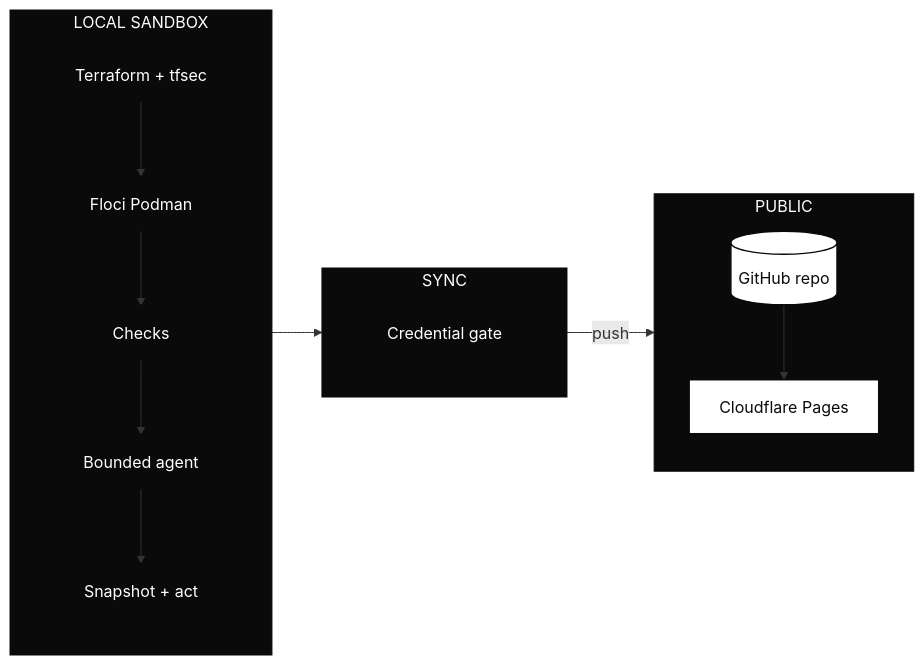
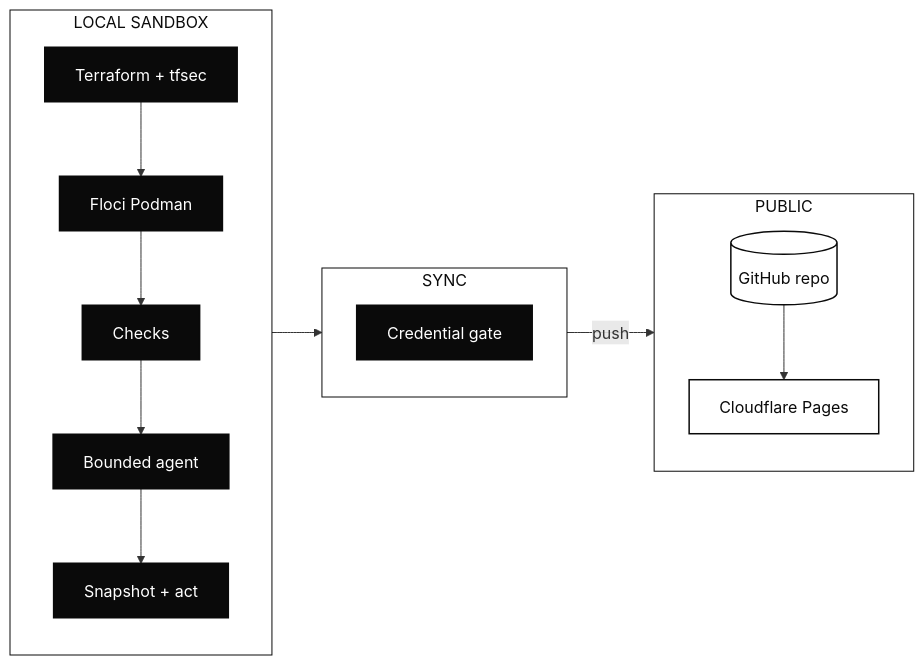
One commit to arifbazli/shift-left-cloud-sandbox changed the diagram in docs/diagrams/local-sandbox.mmd. Above: the diagram before and after it, drawn with Mermaid. The commit also changed 7 other files, not shown here.

First line of the commit message:
fix(diagrams): remove black cluster backgrounds, keep white boxes

```diff
--- a/docs/diagrams/local-sandbox.mmd
+++ b/docs/diagrams/local-sandbox.mmd
@@ -1,35 +1,36 @@
 flowchart LR
     subgraph L["LOCAL SANDBOX"]
         direction TB
         TF["Terraform + tfsec"]
         FL["Floci Podman"]
         CK["Checks"]
         AG["Bounded agent"]
         SN["Snapshot + act"]
         TF --> FL --> CK --> AG --> SN
     end
 
     subgraph SY["SYNC"]
         direction TB
         GATE["Credential gate"]
         SN --> GATE
     end
 
     subgraph C["PUBLIC"]
         direction TB
         REPO[("GitHub repo")]
         PAGES["Cloudflare Pages"]
         REPO --> PAGES
     end
 
     GATE -->|"push"| REPO
 
-    classDef section fill:#0a0a0a,stroke:#0a0a0a,color:#ffffff,stroke-width:1px
+    %% Cluster backgrounds: white with thin black border.
+    classDef section fill:#ffffff,stroke:#0a0a0a,color:#0a0a0a,stroke-width:1px
     classDef black fill:#0a0a0a,stroke:#0a0a0a,color:#ffffff,stroke-width:2px
     classDef white fill:#ffffff,stroke:#0a0a0a,color:#0a0a0a,stroke-width:1.5px
     classDef diamond fill:#0a0a0a,stroke:#0a0a0a,color:#ffffff,stroke-width:2px
 
     class L,SY,C section
     class TF,FL,CK,AG,SN black
     class GATE diamond
     class REPO,PAGES white
```
